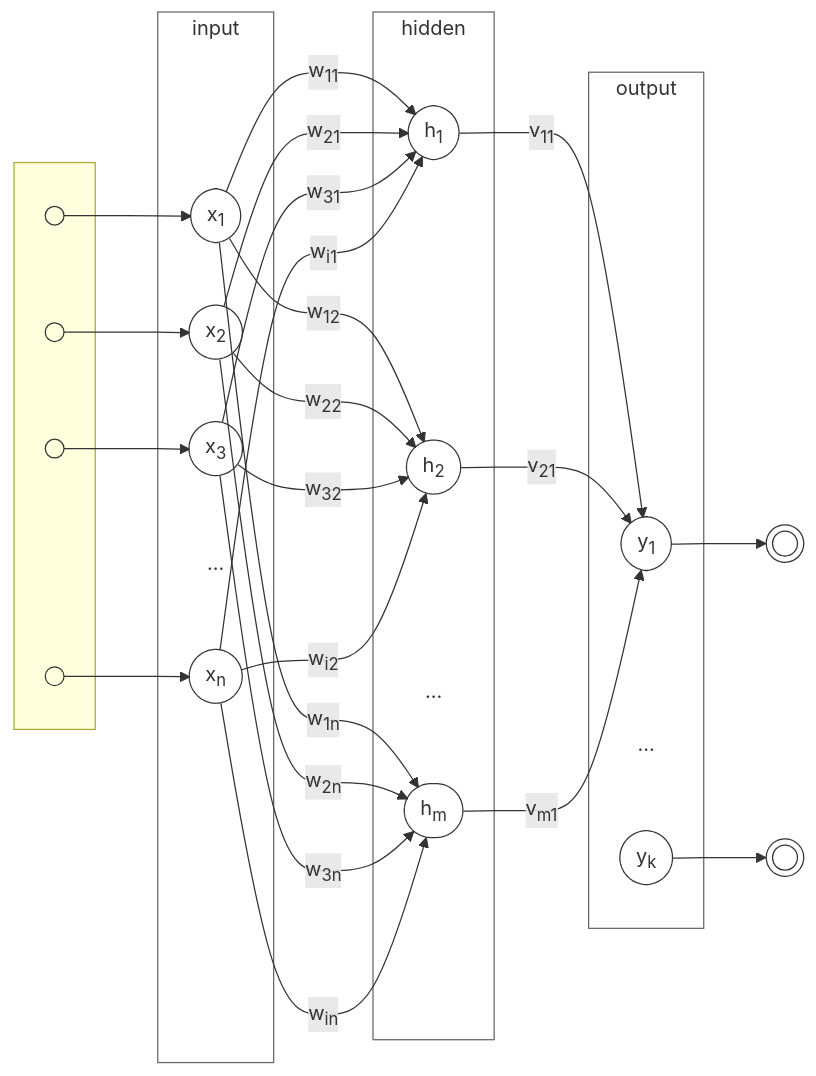
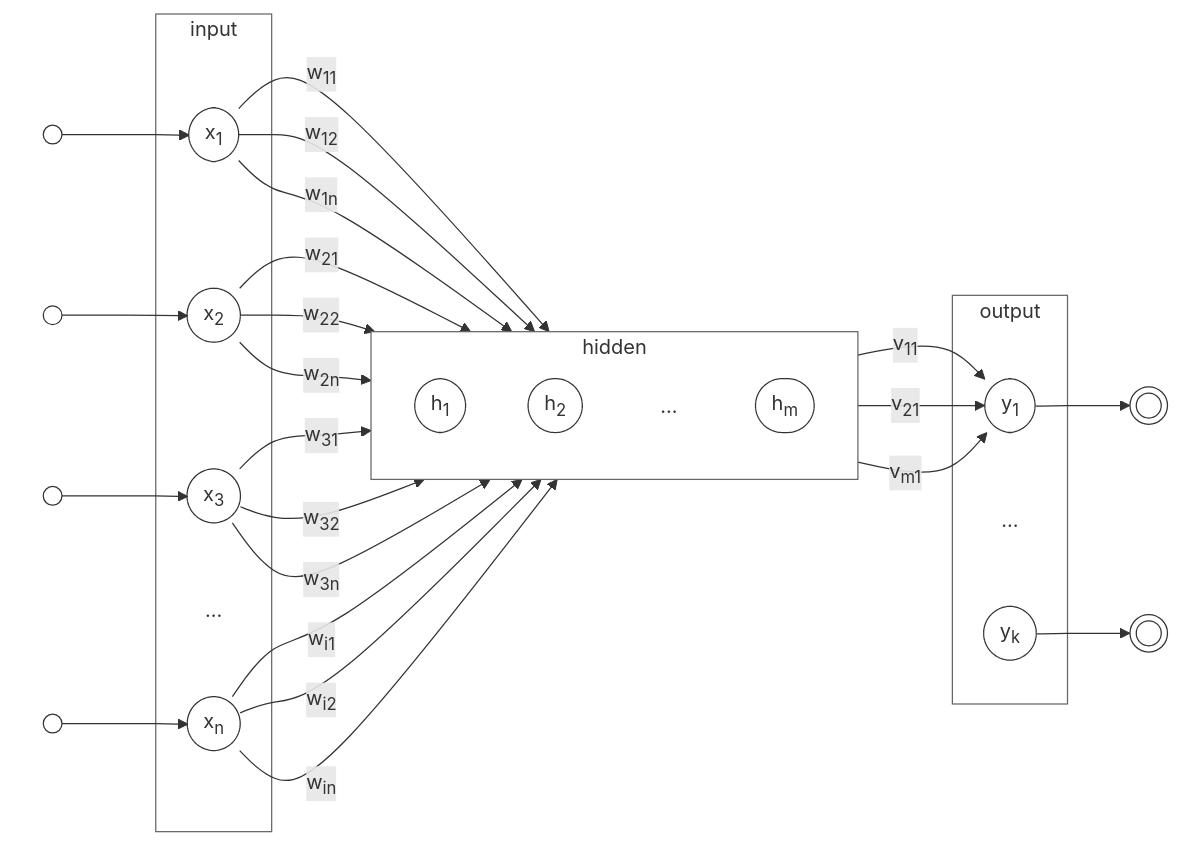
One commit to Insper/ann-dl changed the first of 2 diagrams in docs/classes/mlp/main.md. Above: the diagram before and after it, drawn with Mermaid. The commit also changed other lines of this file and 1 other file, not shown here.

````diff
--- a/docs/classes/mlp/main.md
+++ b/docs/classes/mlp/main.md
@@ -6,57 +6,59 @@
 ``` mermaid
 flowchart LR
     classDef default fill:transparent,stroke:#333,stroke-width:1px;
     classDef others fill:transparent,stroke:transparent,stroke-width:0px;
     subgraph in[" "]
         in1@{ shape: circle, label: " " }
         in2@{ shape: circle, label: " " }
         in3@{ shape: circle, label: " " }
         inn@{ shape: circle, label: " " }
     end
     subgraph input
         x1(["x<sub>1</sub>"])
         x2(["x<sub>2</sub>"])
         x3(["x<sub>3</sub>"])
         xd(["..."]):::others
         xn(["x<sub>n</sub>"])
     end
     subgraph hidden
+        direction TB
         h1(["h<sub>1</sub>"])
         h2(["h<sub>2</sub>"])
         hd(["..."]):::others
         hm(["h<sub>m</sub>"])
     end
     subgraph output
         y1(["y<sub>1</sub>"])
         yd(["..."]):::others
         yk(["y<sub>k</sub>"])
     end
     in1@{ shape: circle, label: " " } --> x1
     in2@{ shape: circle, label: " " } --> x2
     in3@{ shape: circle, label: " " } --> x3
     inn@{ shape: circle, label: " " } --> xn
 
     x1 -->|"w<sub>11</sub>"|h1
     x1 -->|"w<sub>12</sub>"|h2
     x1 -->|"w<sub>1n</sub>"|hm
     x2 -->|"w<sub>21</sub>"|h1
     x2 -->|"w<sub>22</sub>"|h2
     x2 -->|"w<sub>2n</sub>"|hm
     x3 -->|"w<sub>31</sub>"|h1
     x3 -->|"w<sub>32</sub>"|h2
     x3 -->|"w<sub>3n</sub>"|hm
     xn -->|"w<sub>i1</sub>"|h1
     xn -->|"w<sub>i2</sub>"|h2
     xn -->|"w<sub>in</sub>"|hm
     
     h1 -->|"v<sub>11</sub>"|y1
     h2 -->|"v<sub>21</sub>"|y1
     hm -->|"v<sub>m1</sub>"|y1
 
     y1 --> out1@{ shape: dbl-circ, label: " " }
     yk --> outn@{ shape: dbl-circ, label: " " }
 
+    style in fill:#fff,stroke:#666,stroke-width:0px
     style input fill:#fff,stroke:#666,stroke-width:1px
     style hidden fill:#fff,stroke:#666,stroke-width:1px
     style output fill:#fff,stroke:#666,stroke-width:1px
 ```
````
